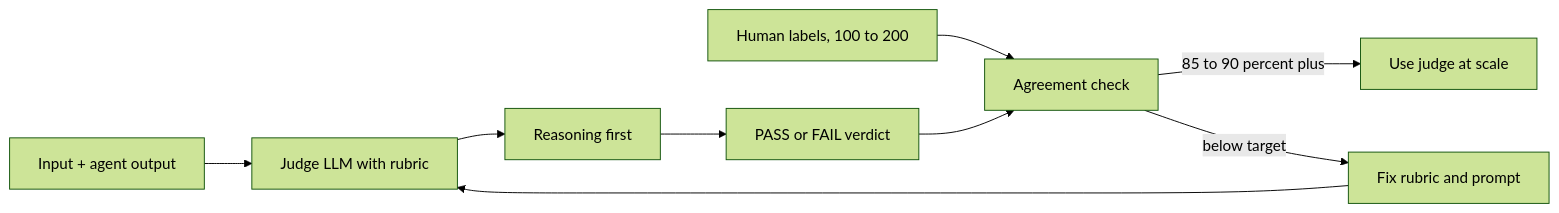
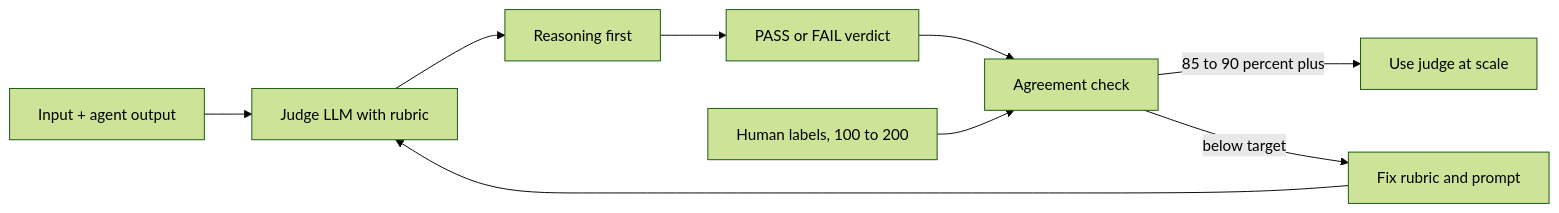
One commit to flow6979/viewinter changed the fifth of 9 diagrams in content-en/11-agentic/09-agent-evals.md. Above: the diagram before and after it, drawn with Mermaid (forest theme). The commit also changed other lines of this file and 26 other files, not shown here.

First line of the commit message:
Agentic AI: rewrite all 13 pages to explain from scratch; animate diagrams on every article

````diff
--- a/content-en/11-agentic/09-agent-evals.md
+++ b/content-en/11-agentic/09-agent-evals.md
@@ -170,11 +332,11 @@
 ```mermaid
 flowchart LR
     I["Input + agent output"] --> J["Judge LLM with rubric"]
     J --> RS["Reasoning first"]
     RS --> V["PASS or FAIL verdict"]
-    H["Human labels, 100 to 200"] --> AG["Agreement check"]
-    V --> AG
+    V --> AG["Agreement check"]
+    H["Human labels, 100 to 200"] --> AG
     AG -->|85 to 90 percent plus| USE["Use judge at scale"]
     AG -->|below target| FIX["Fix rubric and prompt"]
     FIX --> J
 ```
````
